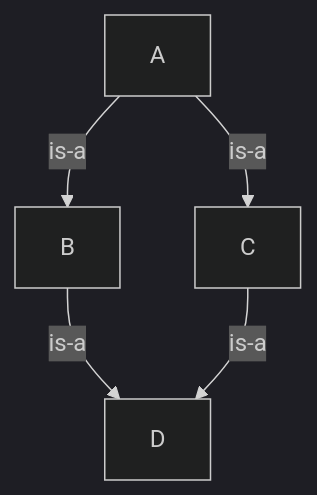
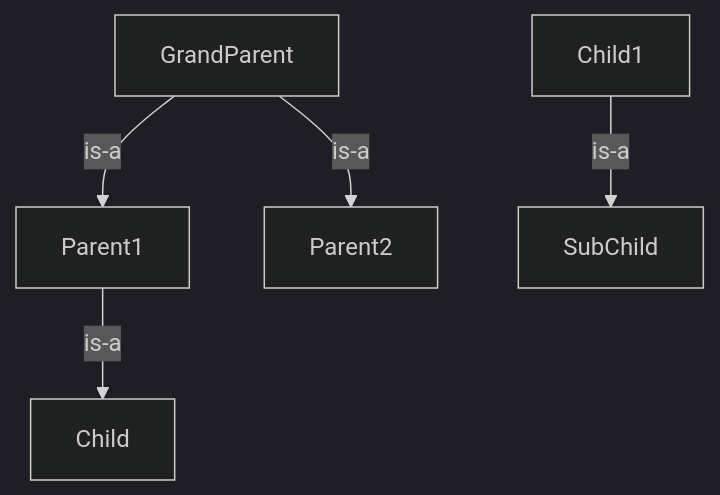
Before and after one commit to chanduujjina/JSE_Practice_2025_B1: the fifth of 5 diagrams in TypesOfInheritance.md, drawn with Mermaid (dark theme).

````diff
--- a/TypesOfInheritance.md
+++ b/TypesOfInheritance.md
@@ -38,8 +38,8 @@
 ```mermaid
 graph TD;
-    A-->|is-a|B;
-    A-->|is-a|C;
-    B-->|is-a|D
-    C-->|is-a|D
+    GrandParent-->|is-a|Parent1;
+    GrandParent-->|is-a|Parent2;
+    Parent1-->|is-a|Child
+    Child1-->|is-a|SubChild
     
 ```
````
